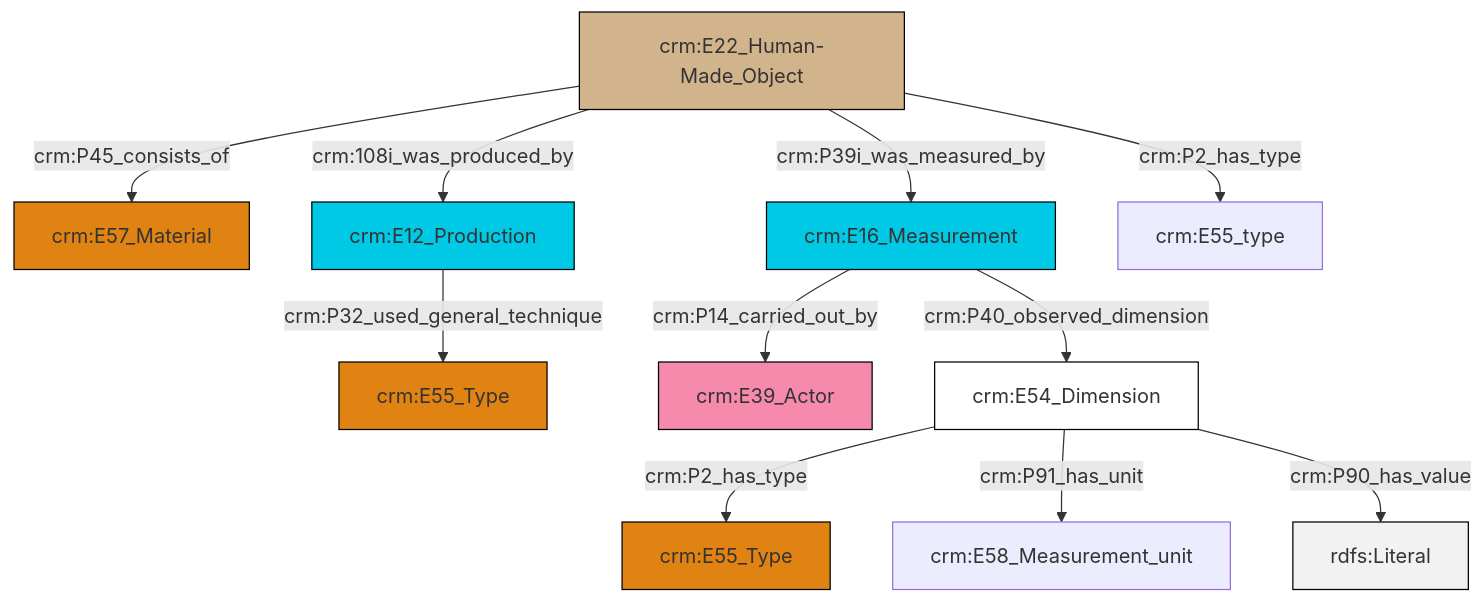
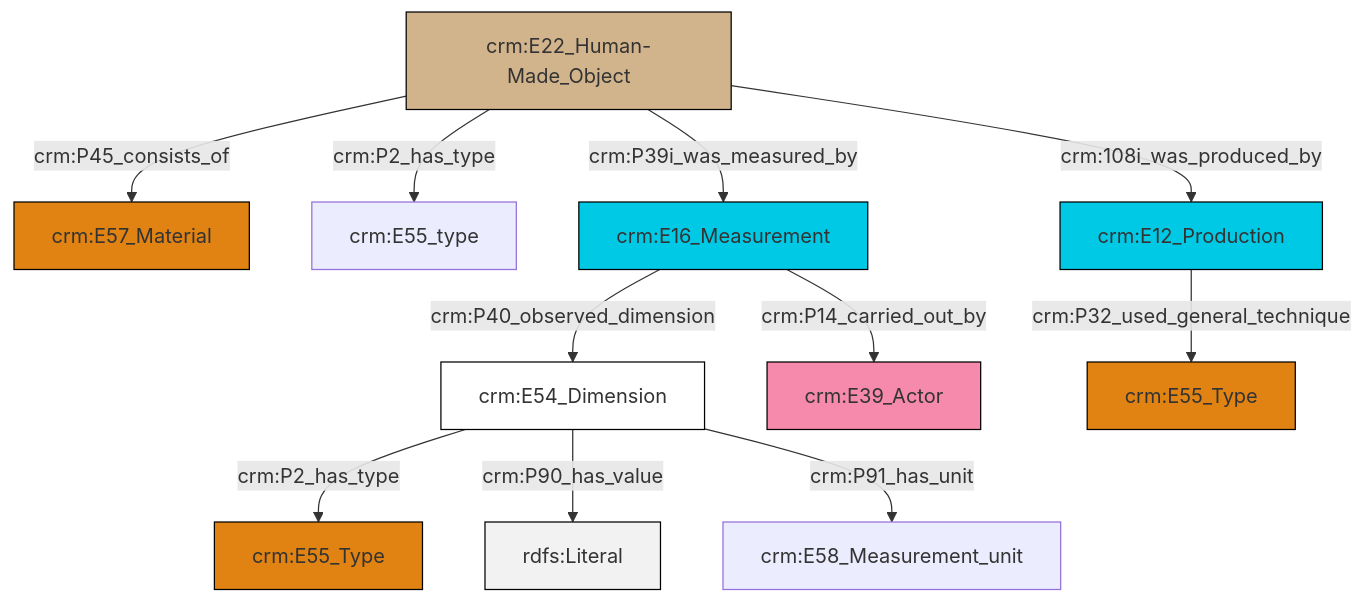
One commit to swiss-art-research-net/docs.swissartresearch changed the diagram in et/builtWorkCSV/ttl/mmd/Built_Work_substance.ttl.mmd. Above: the diagram before and after it, drawn with Mermaid. The commit also changed 181 other files, not shown here.

```diff
--- a/et/builtWorkCSV/ttl/mmd/Built_Work_substance.ttl.mmd
+++ b/et/builtWorkCSV/ttl/mmd/Built_Work_substance.ttl.mmd
@@ -1,25 +1,25 @@
 graph TD
 classDef Literal fill:#f2f2f2,stroke:#000000;
 classDef CRM_Entity fill:#FFFFFF,stroke:#000000;
 classDef Temporal_Entity fill:#00C9E6, stroke:#000000;
 classDef Type fill:#E18312, stroke:#000000;
 classDef Time-Span fill:#2C9C91, stroke:#000000;
 classDef Appellation fill:#FFEB7F, stroke:#000000;
 classDef Place fill:#008836, stroke:#000000;
 classDef Persistent_Item fill:#B266B2, stroke:#000000;
 classDef Conceptual_Object fill:#FFD700, stroke:#000000;
 classDef Physical_Thing fill:#D2B48C, stroke:#000000;
 classDef Actor fill:#f58aad, stroke:#000000;
 classDef PC_Classes fill:#4ce600, stroke:#000000;
 classDef Multi fill:#cccccc,stroke:#000000;
 
-2["crm:E54_Dimension"]:::CRM_Entity -->|crm:P2_has_type| 0["crm:E55_Type"]:::Type
-3["crm:E22_Human-Made_Object"]:::Physical_Thing -->|crm:P45_consists_of| 4["crm:E57_Material"]:::Type
-5["crm:E12_Production"]:::Temporal_Entity -->|crm:P32_used_general_technique| 6["crm:E55_Type"]:::Type
-3["crm:E22_Human-Made_Object"]:::Physical_Thing -->|crm:108i_was_produced_by| 5["crm:E12_Production"]:::Temporal_Entity
-7["crm:E16_Measurement"]:::Temporal_Entity -->|crm:P14_carried_out_by| 8["crm:E39_Actor"]:::Actor
-3["crm:E22_Human-Made_Object"]:::Physical_Thing -->|crm:P39i_was_measured_by| 7["crm:E16_Measurement"]:::Temporal_Entity
-2["crm:E54_Dimension"]:::CRM_Entity -->|crm:P91_has_unit| 11["crm:E58_Measurement_unit"]:::Default
-3["crm:E22_Human-Made_Object"]:::Physical_Thing -->|crm:P2_has_type| 13["crm:E55_type"]:::Default
-2["crm:E54_Dimension"]:::CRM_Entity -->|crm:P90_has_value| 19[rdfs:Literal]:::Literal
-7["crm:E16_Measurement"]:::Temporal_Entity -->|crm:P40_observed_dimension| 2["crm:E54_Dimension"]:::CRM_Entity
+2["crm:E16_Measurement"]:::Temporal_Entity -->|crm:P40_observed_dimension| 3["crm:E54_Dimension"]:::CRM_Entity
+10["crm:E22_Human-Made_Object"]:::Physical_Thing -->|crm:P45_consists_of| 6["crm:E57_Material"]:::Type
+3["crm:E54_Dimension"]:::CRM_Entity -->|crm:P2_has_type| 8["crm:E55_Type"]:::Type
+10["crm:E22_Human-Made_Object"]:::Physical_Thing -->|crm:P2_has_type| 0["crm:E55_type"]:::Default
+3["crm:E54_Dimension"]:::CRM_Entity -->|crm:P90_has_value| 12[rdfs:Literal]:::Literal
+3["crm:E54_Dimension"]:::CRM_Entity -->|crm:P91_has_unit| 15["crm:E58_Measurement_unit"]:::Default
+10["crm:E22_Human-Made_Object"]:::Physical_Thing -->|crm:P39i_was_measured_by| 2["crm:E16_Measurement"]:::Temporal_Entity
+16["crm:E12_Production"]:::Temporal_Entity -->|crm:P32_used_general_technique| 4["crm:E55_Type"]:::Type
+10["crm:E22_Human-Made_Object"]:::Physical_Thing -->|crm:108i_was_produced_by| 16["crm:E12_Production"]:::Temporal_Entity
+2["crm:E16_Measurement"]:::Temporal_Entity -->|crm:P14_carried_out_by| 17["crm:E39_Actor"]:::Actor
```
